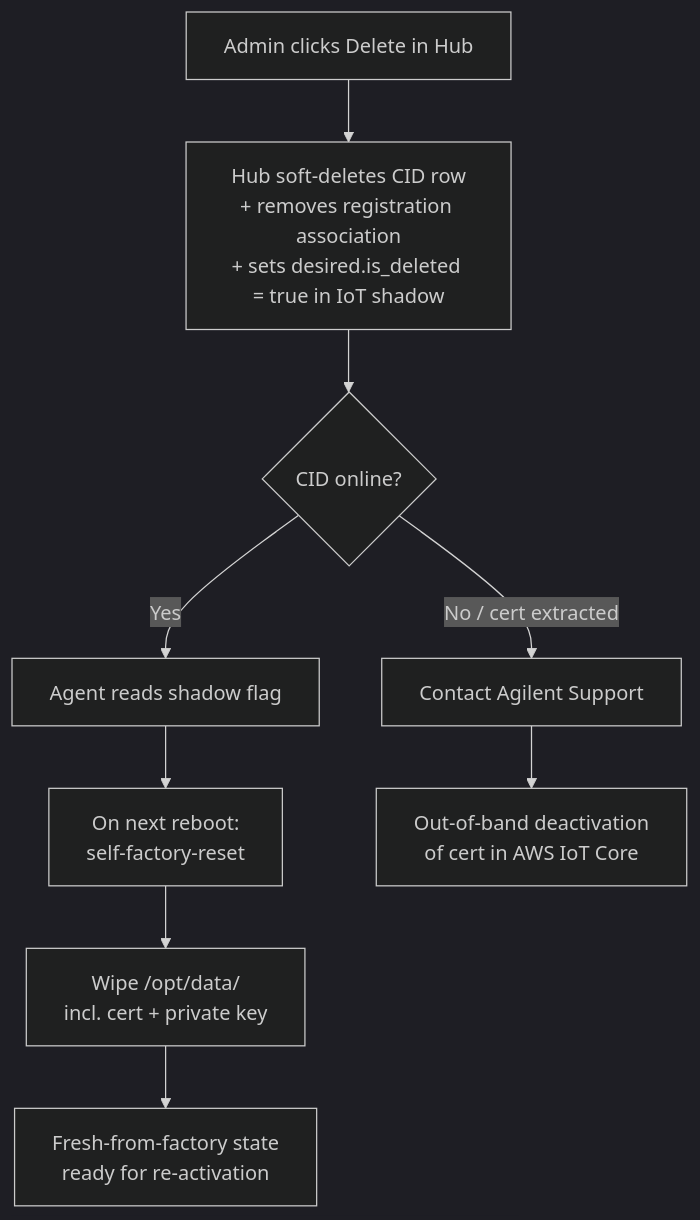
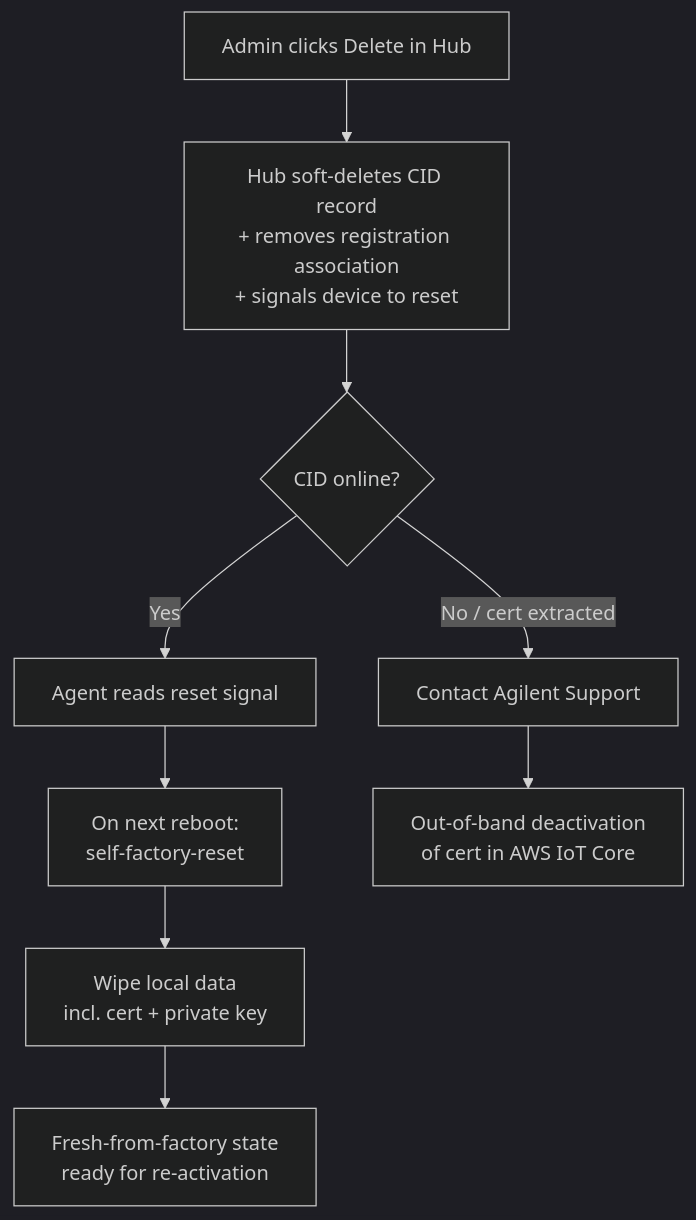
The second of 3 diagrams in docs/security/security-model.md (bheemboy/cid-docs), drawn with Mermaid (dark theme) before and after one commit. The commit also changed other lines of this file and 4 other files, not shown here.

````diff
--- a/docs/security/security-model.md
+++ b/docs/security/security-model.md
@@ -113,11 +113,11 @@
 ```mermaid
 flowchart TD
-    A[Admin clicks Delete in Hub] --> B[Hub soft-deletes CID row<br/>+ removes registration association<br/>+ sets desired.is_deleted = true in IoT shadow]
+    A[Admin clicks Delete in Hub] --> B[Hub soft-deletes CID record<br/>+ removes registration association<br/>+ signals device to reset]
     B --> C{CID online?}
-    C -->|Yes| D[Agent reads shadow flag]
+    C -->|Yes| D[Agent reads reset signal]
     D --> E[On next reboot:<br/>self-factory-reset]
-    E --> F[Wipe /opt/data/<br/>incl. cert + private key]
+    E --> F[Wipe local data<br/>incl. cert + private key]
     F --> G[Fresh-from-factory state<br/>ready for re-activation]
     C -->|No / cert extracted| H[Contact Agilent Support]
     H --> I[Out-of-band deactivation<br/>of cert in AWS IoT Core]
 ```
````
